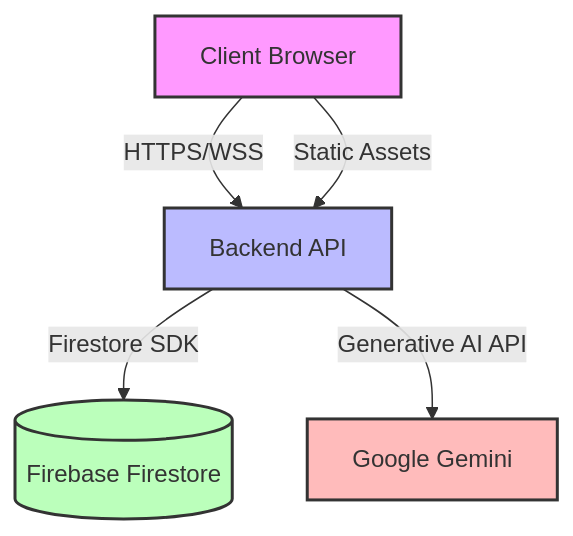
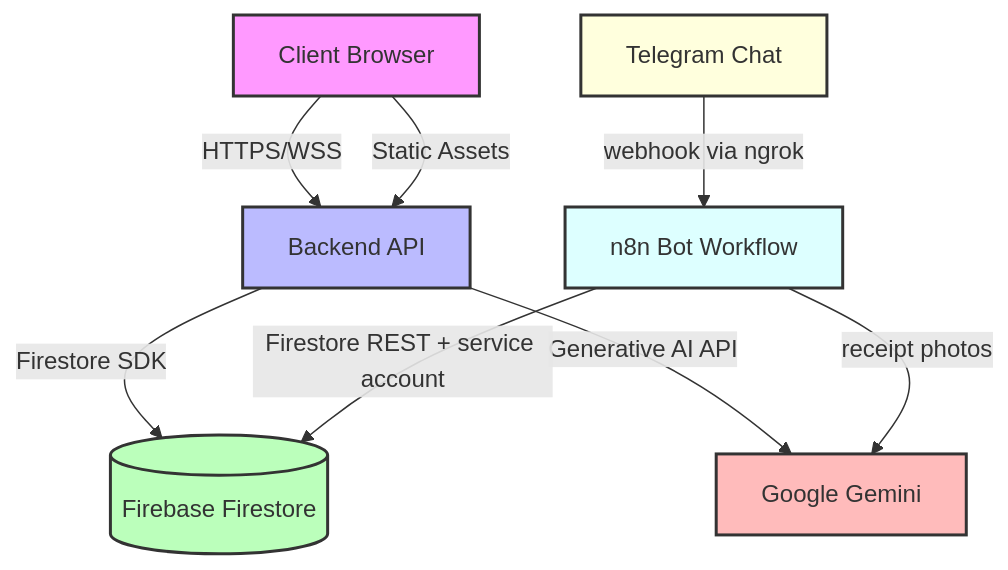
Before and after one commit to Atharva0177/Expense-Planner: the first of 14 diagrams in README.md, drawn with Mermaid. The commit also changed other lines of this file and 39 other files, not shown here.

````diff
--- a/README.md
+++ b/README.md
@@ -118,12 +134,17 @@
 ```mermaid
 flowchart TD
     A[Client Browser] -->|HTTPS/WSS| B[Backend API]
     B -->|Firestore SDK| C[(Firebase Firestore)]
     B -->|Generative AI API| D[Google Gemini]
     A -->|Static Assets| B
+    E[Telegram Chat] -->|webhook via ngrok| F[n8n Bot Workflow]
+    F -->|Firestore REST + service account| C
+    F -->|receipt photos| D
 
     style A fill:#f9f,stroke:#333,stroke-width:2px
     style B fill:#bbf,stroke:#333,stroke-width:2px
     style C fill:#bfb,stroke:#333,stroke-width:2px
     style D fill:#fbb,stroke:#333,stroke-width:2px
+    style E fill:#ffd,stroke:#333,stroke-width:2px
+    style F fill:#dff,stroke:#333,stroke-width:2px
 ```
````
